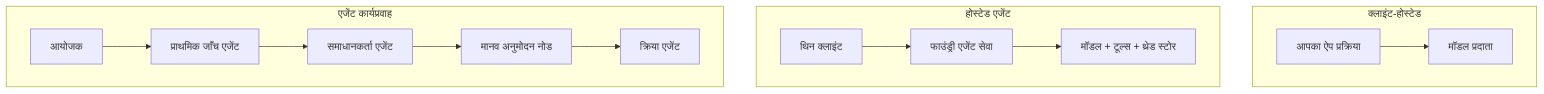
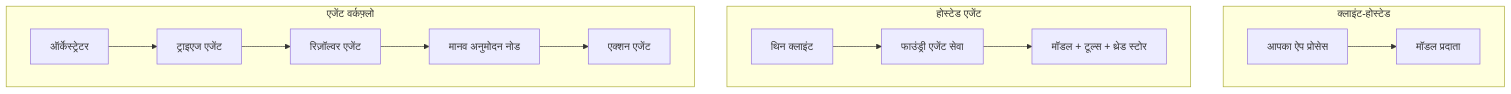
The first of 4 diagrams in translations/hi/16-deploying-scalable-agents/README.md (microsoft/ai-agents-for-beginners), drawn with Mermaid before and after one commit. The commit also changed other lines of this file and 46 other files, not shown here.

````diff
--- a/translations/hi/16-deploying-scalable-agents/README.md
+++ b/translations/hi/16-deploying-scalable-agents/README.md
@@ -87,16 +87,16 @@
 ```mermaid
 flowchart TB
     subgraph P1[क्लाइंट-होस्टेड]
-        A1[आपका ऐप प्रक्रिया] --> M1[मॉडल प्रदाता]
+        A1[आपका ऐप प्रोसेस] --> M1[मॉडल प्रदाता]
     end
     subgraph P2[होस्टेड एजेंट]
         A2[थिन क्लाइंट] --> F2[फाउंड्री एजेंट सेवा]
         F2 --> M2[मॉडल + टूल्स + थ्रेड स्टोर]
     end
-    subgraph P3[एजेंट कार्यप्रवाह]
-        A3[आयोजक] --> S1[प्राथमिक जाँच एजेंट]
-        S1 --> S2[समाधानकर्ता एजेंट]
+    subgraph P3[एजेंट वर्कफ़्लो]
+        A3[ऑर्केस्ट्रेटर] --> S1[ट्राइएज एजेंट]
+        S1 --> S2[रिज़ॉल्वर एजेंट]
         S2 --> H[मानव अनुमोदन नोड]
-        H --> S3[क्रिया एजेंट]
+        H --> S3[एक्शन एजेंट]
     end
 ```
````
